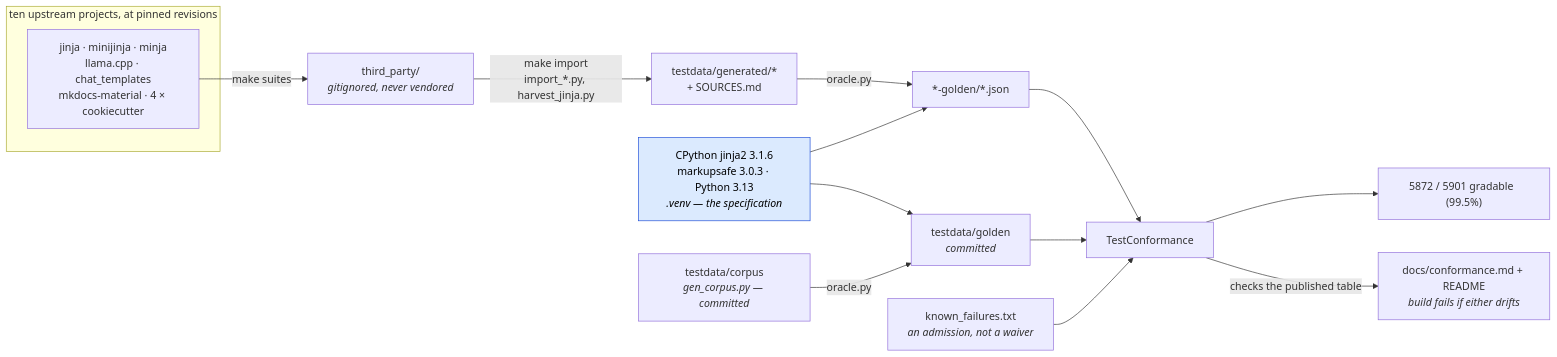
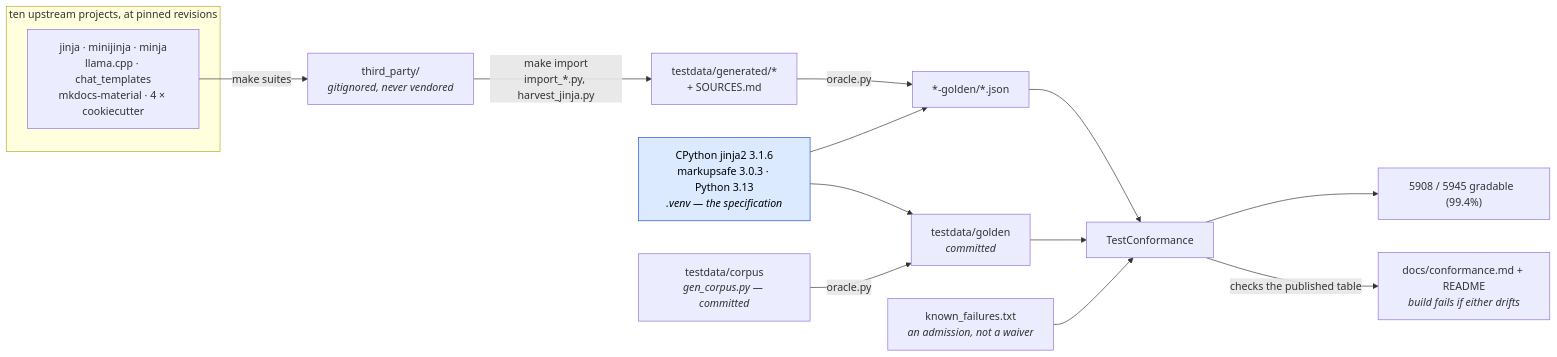
Before and after one commit to mgilbir/gojja2: the first of 2 diagrams in docs/conformance.md, drawn with Mermaid. The commit also changed other lines of this file and 121 other files, not shown here.

````diff
--- a/docs/conformance.md
+++ b/docs/conformance.md
@@ -17,24 +17,24 @@
 ```mermaid
 flowchart LR
     subgraph up["ten upstream projects, at pinned revisions"]
         U1["jinja · minijinja · minja<br/>llama.cpp · chat_templates<br/>mkdocs-material · 4 × cookiecutter"]
     end
     U1 -->|"make suites"| TP["third_party/<br/><i>gitignored, never vendored</i>"]
     TP -->|"make import<br/>import_*.py, harvest_jinja.py"| GEN["testdata/generated/*<br/>+ SOURCES.md"]
 
     ORA["CPython jinja2 3.1.6<br/>markupsafe 3.0.3 · Python 3.13<br/><i>.venv — the specification</i>"]
     GEN -->|"oracle.py"| G2["*-golden/*.json"]
     ORA --> G2
 
     OWN["testdata/corpus<br/><i>gen_corpus.py — committed</i>"] -->|"oracle.py"| G1["testdata/golden<br/><i>committed</i>"]
     ORA --> G1
 
     G1 --> TC["TestConformance"]
     G2 --> TC
     KF["known_failures.txt<br/><i>an admission, not a waiver</i>"] --> TC
-    TC --> RATE["5872 / 5901 gradable  (99.5%)"]
+    TC --> RATE["5908 / 5945 gradable  (99.4%)"]
     TC -->|"checks the published table"| RM["docs/conformance.md + README<br/><i>build fails if either drifts</i>"]
 
     classDef spec fill:#dbeafe,stroke:#1d4ed8,color:#000
     class ORA spec
 ```
````
